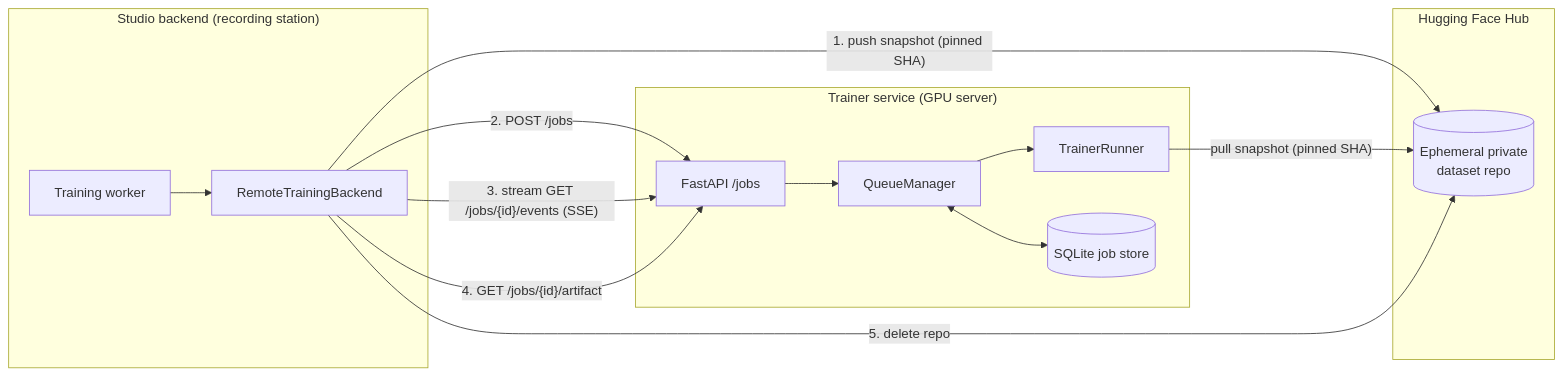
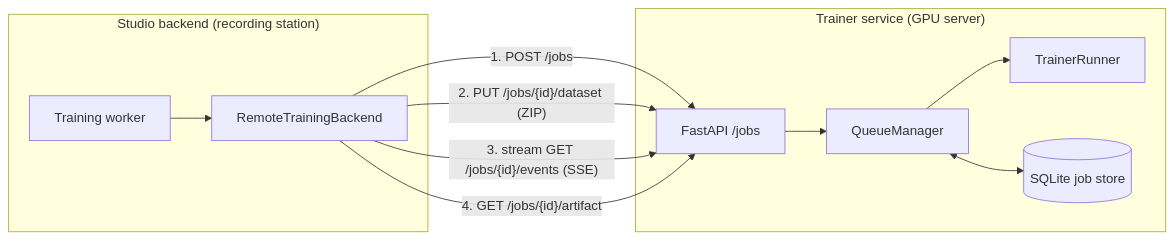
The first of 3 diagrams in application/docs/designs/remote-training.md (open-edge-platform/physical-ai-studio), drawn with Mermaid before and after one commit. The commit also changed other lines of this file and 3 other files, not shown here.

Commit message:
docs: update Hugging Face integration and remote training documentation for dataset transfer modes

````diff
--- a/application/docs/designs/remote-training.md
+++ b/application/docs/designs/remote-training.md
@@ -29,22 +29,17 @@
 ```mermaid
 flowchart LR
     subgraph Studio["Studio backend (recording station)"]
         W[Training worker] --> RB[RemoteTrainingBackend]
-    end
-    subgraph HF["Hugging Face Hub"]
-        DS[(Ephemeral private<br/>dataset repo)]
     end
     subgraph Trainer["Trainer service (GPU server)"]
         API[FastAPI /jobs] --> QM[QueueManager]
         QM --> RN[TrainerRunner]
         ST[(SQLite job store)]
         QM <--> ST
     end
 
-    RB -- "1. push snapshot (pinned SHA)" --> DS
-    RB -- "2. POST /jobs" --> API
+    RB -- "1. POST /jobs" --> API
+    RB -- "2. PUT /jobs/{id}/dataset (ZIP)" --> API
     RB -- "3. stream GET /jobs/{id}/events (SSE)" --> API
-    RN -- "pull snapshot (pinned SHA)" --> DS
     RB -- "4. GET /jobs/{id}/artifact" --> API
-    RB -- "5. delete repo" --> DS
 ```
````
